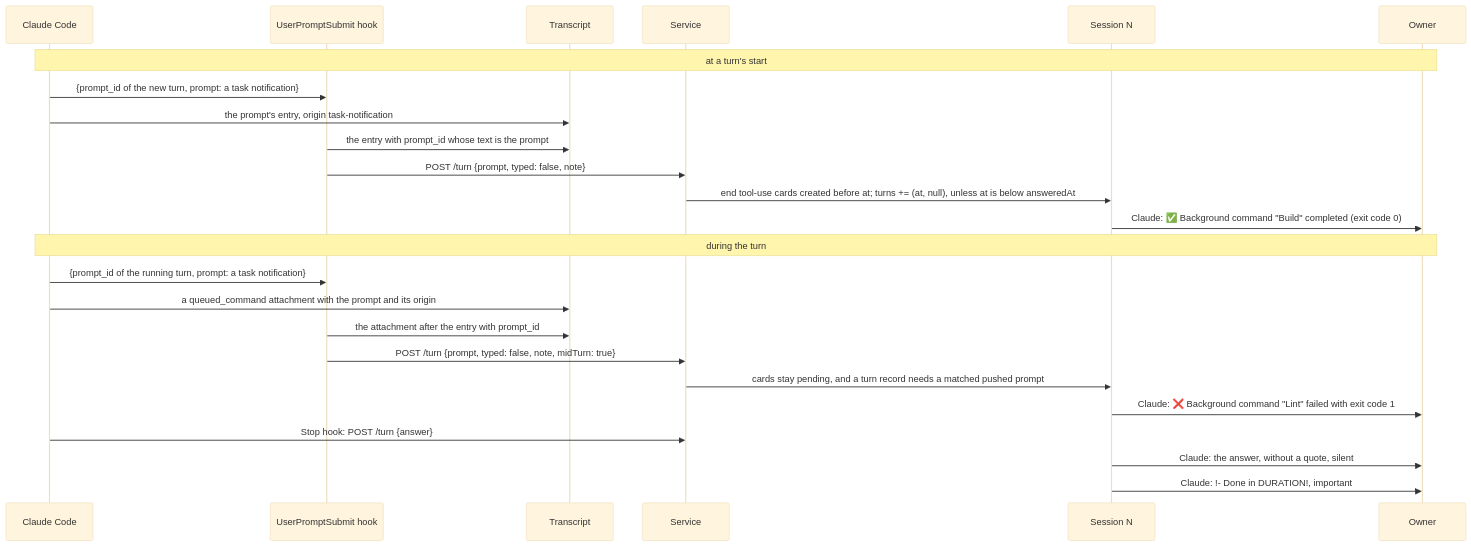
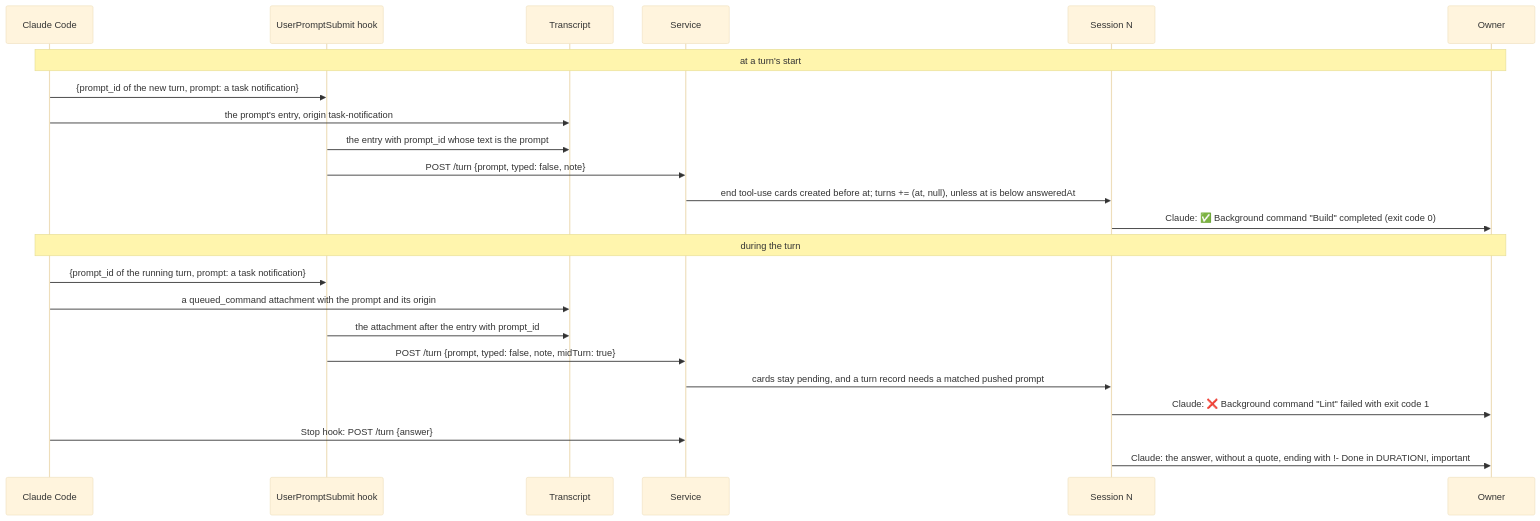
Diagram 31 of 39 in packages/simplex-chat-mcp/spec/flows.md (simplex-chat/simplex-chat), drawn with Mermaid (base theme) before and after one commit. The commit also changed other lines of this file and 10 other files, not shown here.

````diff
--- a/packages/simplex-chat-mcp/spec/flows.md
+++ b/packages/simplex-chat-mcp/spec/flows.md
@@ -1446,26 +1446,25 @@
 ```mermaid
 sequenceDiagram
   participant CC as Claude Code
   participant HK as UserPromptSubmit hook
   participant T as Transcript
   participant D as Service
   participant N as Session N
   participant O as Owner
   Note over CC,O: at a turn's start
   CC->>HK: {prompt_id of the new turn, prompt: a task notification}
   CC->>T: the prompt's entry, origin task-notification
   HK->>T: the entry with prompt_id whose text is the prompt
   HK->>D: POST /turn {prompt, typed: false, note}
   D->>N: end tool-use cards created before at#59; turns += (at, null), unless at is below answeredAt
   N->>O: Claude: ✅ Background command "Build" completed (exit code 0)
   Note over CC,O: during the turn
   CC->>HK: {prompt_id of the running turn, prompt: a task notification}
   CC->>T: a queued_command attachment with the prompt and its origin
   HK->>T: the attachment after the entry with prompt_id
   HK->>D: POST /turn {prompt, typed: false, note, midTurn: true}
   D->>N: cards stay pending, and a turn record needs a matched pushed prompt
   N->>O: Claude: ❌ Background command "Lint" failed with exit code 1
   CC->>D: Stop hook: POST /turn {answer}
-  N->>O: Claude: the answer, without a quote, silent
-  N->>O: Claude: !- Done in DURATION!, important
+  N->>O: Claude: the answer, without a quote, ending with !- Done in DURATION!, important
 ```
````
